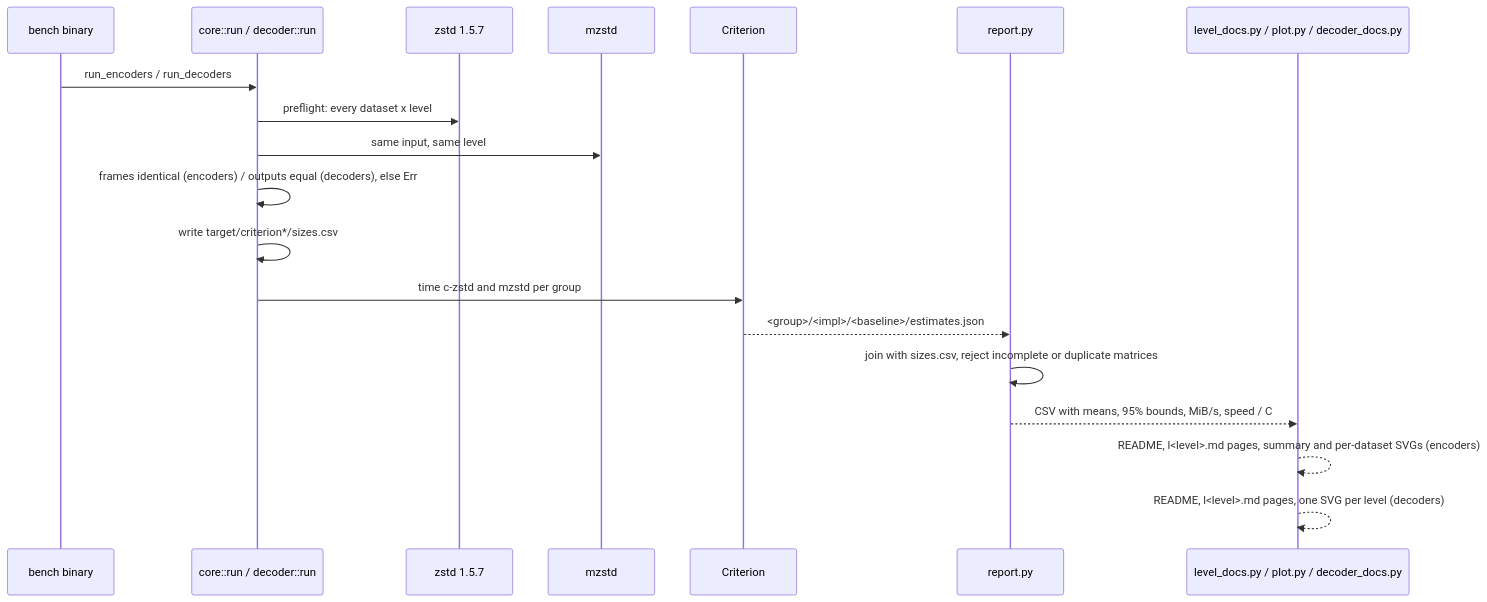
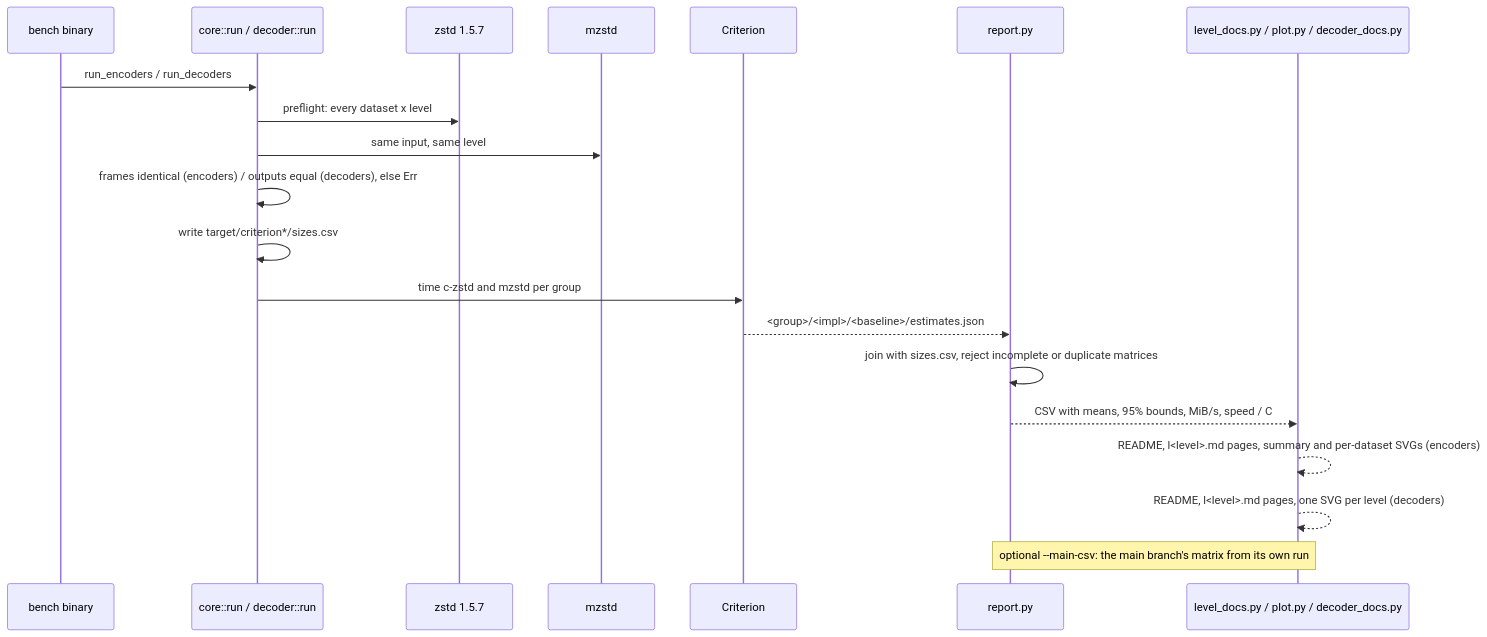
One commit to M-Compressors/mzstd changed the third of 4 diagrams in architecture/benchmarking.md. Above: the diagram before and after it, drawn with Mermaid. The commit also changed other lines of this file and 369 other files, not shown here.

````diff
--- a/architecture/benchmarking.md
+++ b/architecture/benchmarking.md
@@ -88,21 +97,22 @@
 ```mermaid
 sequenceDiagram
     participant B as bench binary
     participant C as core::run / decoder::run
     participant Z as zstd 1.5.7
     participant M as mzstd
     participant Cr as Criterion
     participant R as report.py
     participant L as level_docs.py / plot.py / decoder_docs.py
     B->>C: run_encoders / run_decoders
     C->>Z: preflight: every dataset x level
     C->>M: same input, same level
     C->>C: frames identical (encoders) / outputs equal (decoders), else Err
     C->>C: write target/criterion*/sizes.csv
     C->>Cr: time c-zstd and mzstd per group
     Cr-->>R: <group>/<impl>/<baseline>/estimates.json
     R->>R: join with sizes.csv, reject incomplete or duplicate matrices
     R-->>L: CSV with means, 95% bounds, MiB/s, speed / C
     L-->>L: README, l<level>.md pages, summary and per-dataset SVGs (encoders)
     L-->>L: README, l<level>.md pages, one SVG per level (decoders)
+    Note over R,L: optional --main-csv: the main branch's matrix from its own run
 ```
````
